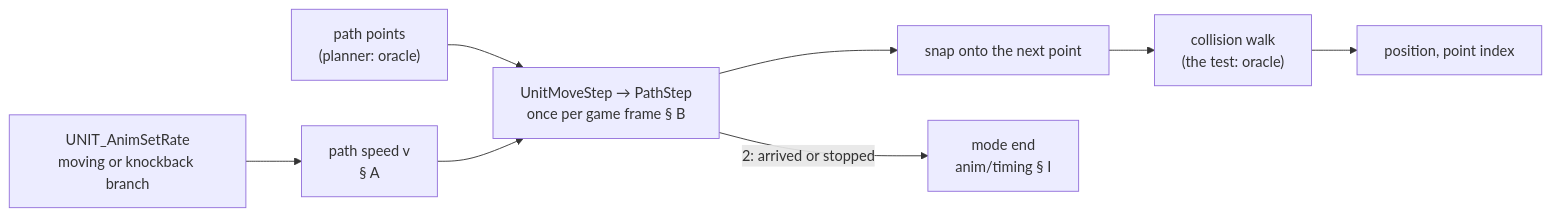
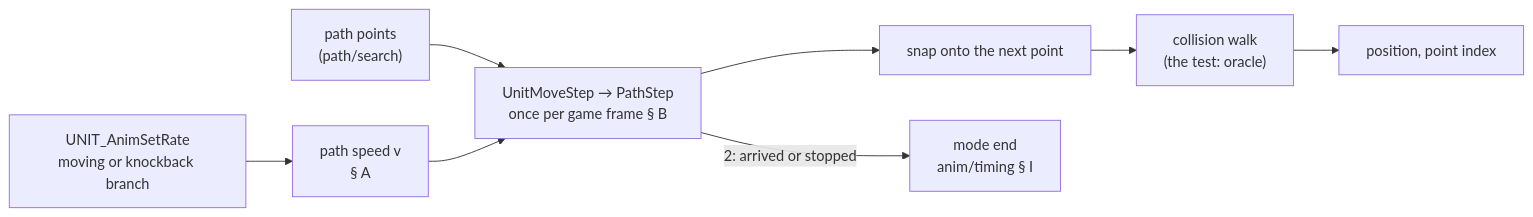
Before and after one commit to IgorKonovalov/diablo-2-recompilation: the first of 2 diagrams in docs/specs/anim/movement.md, drawn with Mermaid. The commit also changed other lines of this file and 9 other files, not shown here.

Commit message:
docs(specs): path/overview and path/search, plan 0054 Phase 3 for review; the planners on the live grid, the counted oracle and each grid rule at its tag; value-oracle rows retired for the planner and kept for the grid; missiles H1, anim/movement G1 and drlg/collision cross-linked

````diff
--- a/docs/specs/anim/movement.md
+++ b/docs/specs/anim/movement.md
@@ -22,10 +22,10 @@
 ```mermaid
 flowchart LR
   rate["UNIT_AnimSetRate<br/>moving or knockback branch"] --> sp["path speed v<br/>§ A"]
-  plan["path points<br/>(planner: oracle)"] --> step
+  plan["path points<br/>(path/search)"] --> step
   sp --> step["UnitMoveStep → PathStep<br/>once per game frame § B"]
   step --> snap["snap onto the next point"]
   snap --> coll["collision walk<br/>(the test: oracle)"]
   coll --> pos["position, point index"]
   step -->|"2: arrived or stopped"| endm["mode end<br/>anim/timing § I"]
 ```
````
